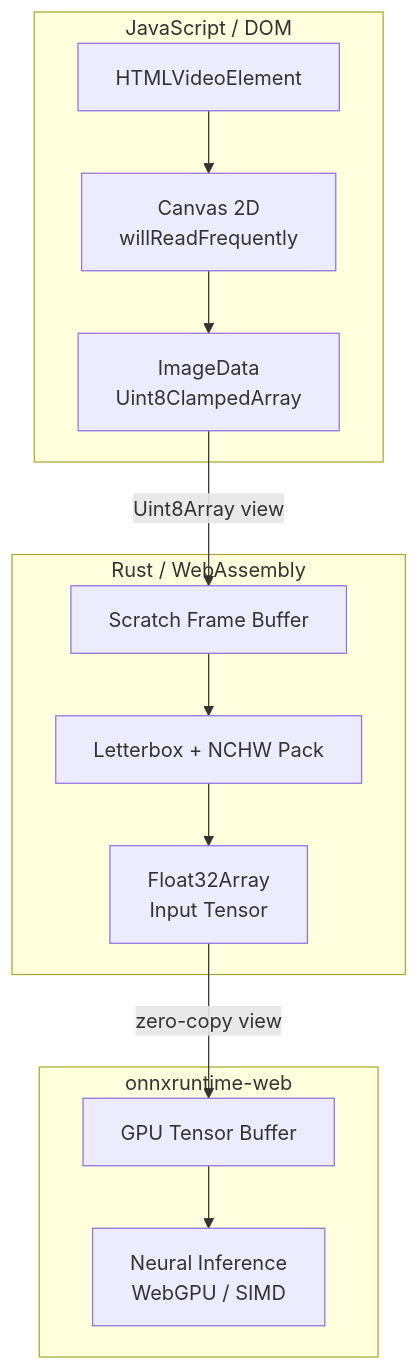
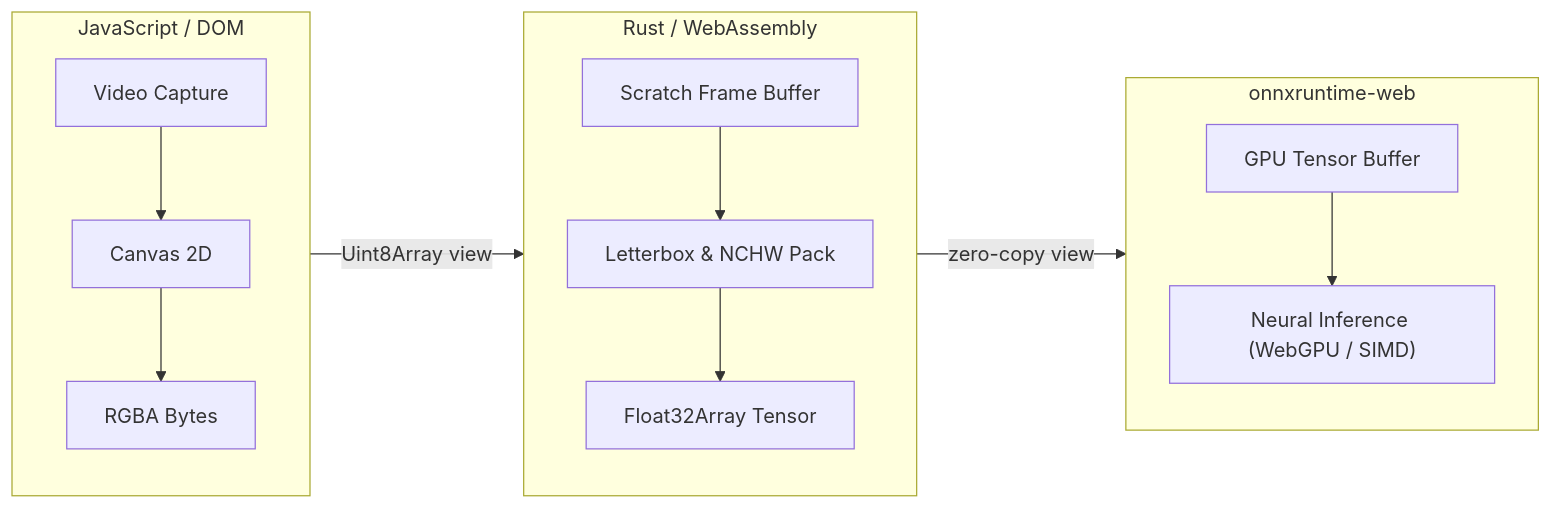
One commit to Abdullah-Masood-05/vigilo-wasm changed the diagram in docs/architecture/overview.md. Above: the diagram before and after it, drawn with Mermaid. The commit also changed 1 other file, not shown here.

Commit message:
docs: use horizontal flowchart layout to prevent arrow intersection with subgraph titles

````diff
--- a/docs/architecture/overview.md
+++ b/docs/architecture/overview.md
@@ -22,25 +22,20 @@
 ```mermaid
-graph TD
+flowchart LR
     subgraph JS ["JavaScript / DOM"]
-        Video["HTMLVideoElement"]
-        Canvas["Canvas 2D<br/>willReadFrequently"]
-        RGBA["ImageData<br/>Uint8ClampedArray"]
-        Video --> Canvas --> RGBA
+        direction TB
+        Video["Video Capture"] --> Canvas["Canvas 2D"] --> RGBA["RGBA Bytes"]
     end
 
     subgraph WASM ["Rust / WebAssembly"]
-        Buffer["Scratch Frame Buffer"]
-        Pre["Letterbox + NCHW Pack"]
-        OutTensor["Float32Array<br/>Input Tensor"]
-        Buffer --> Pre --> OutTensor
+        direction TB
+        Buffer["Scratch Frame Buffer"] --> Pre["Letterbox & NCHW Pack"] --> OutTensor["Float32Array Tensor"]
     end
 
     subgraph ORT ["onnxruntime-web"]
-        GpuBuff["GPU Tensor Buffer"]
-        Kernel["Neural Inference<br/>WebGPU / SIMD"]
-        GpuBuff --> Kernel
+        direction TB
+        GpuBuff["GPU Tensor Buffer"] --> Kernel["Neural Inference (WebGPU / SIMD)"]
     end
 
-    RGBA -- "Uint8Array view" --> Buffer
-    OutTensor -- "zero-copy view" --> GpuBuff
+    RGBA -->|"Uint8Array view"| Buffer
+    OutTensor -->|"zero-copy view"| GpuBuff
 ```
````
